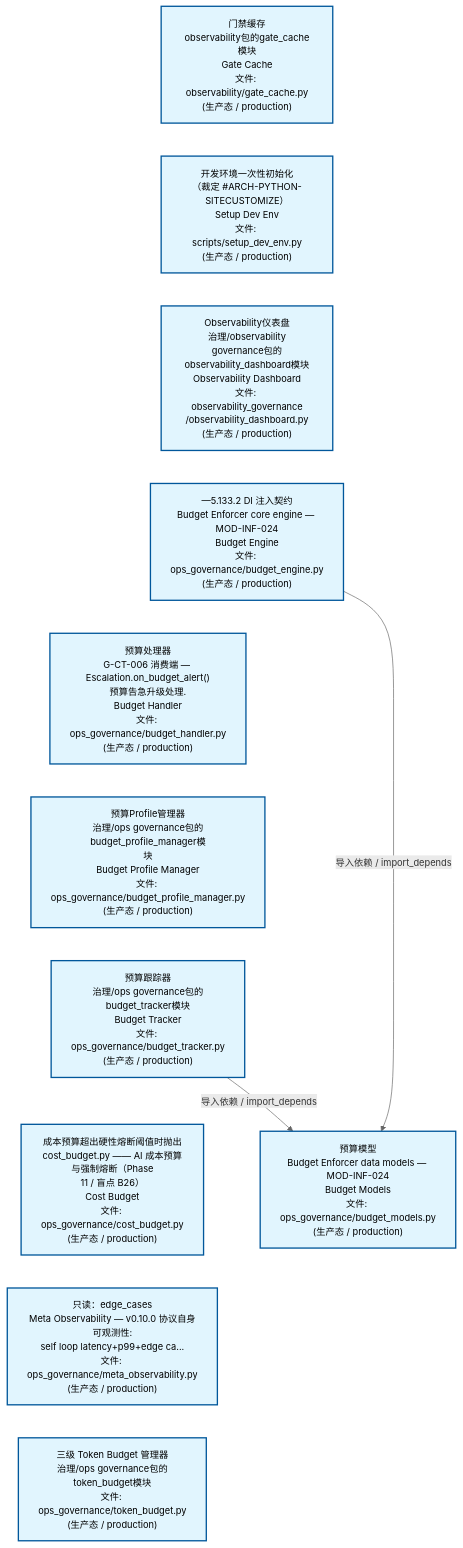
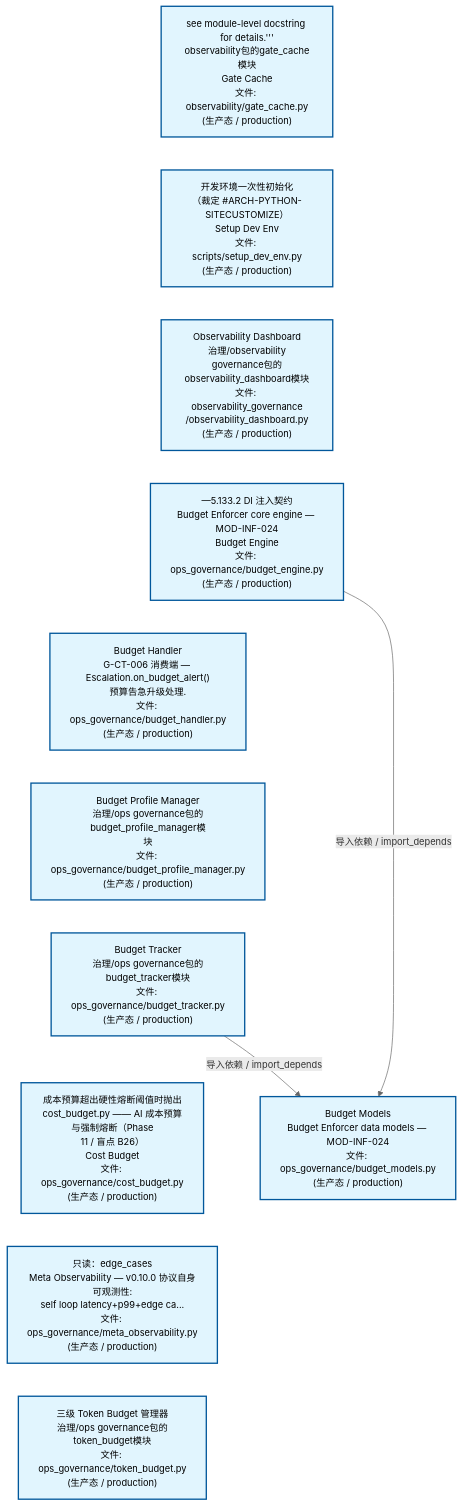
Before and after one commit to xuanFelixVan/ZephyrAlpha: the second of 3 diagrams in docs/02_enterprise_architecture/02_domain_architecture_docs/24_d_ops.md, drawn with Mermaid. The commit also changed other lines of this file and 51 other files, not shown here.

````diff
--- a/docs/02_enterprise_architecture/02_domain_architecture_docs/24_d_ops.md
+++ b/docs/02_enterprise_architecture/02_domain_architecture_docs/24_d_ops.md
@@ -126,31 +126,31 @@
 ```mermaid
 %%{init: {'theme': 'base', 'themeVariables': {'primaryColor': '#eaeaea', 'primaryTextColor': '#333333', 'primaryBorderColor': '#666666', 'lineColor': '#666666', 'secondaryColor': '#eaeaea', 'tertiaryColor': '#eaeaea', 'fontSize': '14px'}}}%%
 flowchart TD
-    scripts_governance_observability_gate_cache_py["门禁缓存<br/>observability包的gate_cache模块<br/>Gate Cache<br/>文件: observability/gate_cache.py<br/>(生产态 / production)"]
+    scripts_governance_observability_gate_cache_py["see module-level docstring for details.'''<br/>observability包的gate_cache模块<br/>Gate Cache<br/>文件: observability/gate_cache.py<br/>(生产态 / production)"]
     scripts_setup_dev_env_py["开发环境一次性初始化<br/>（裁定 #ARCH-PYTHON-SITECUSTOMIZE）<br/>Setup Dev Env<br/>文件: scripts/setup_dev_env.py<br/>(生产态 / production)"]
-    src_zephyr_governance_observability_governance_observability_dashboard_py["Observability仪表盘<br/>治理/observability<br/>governance包的observability_dashboard模块<br/>Observability Dashboard<br/>文件: observability_governance<br/>/observability_dashboard.py<br/>(生产态 / production)"]
+    src_zephyr_governance_observability_governance_observability_dashboard_py["Observability Dashboard<br/>治理/observability<br/>governance包的observability_dashboard模块<br/>文件: observability_governance<br/>/observability_dashboard.py<br/>(生产态 / production)"]
     src_zephyr_governance_ops_governance_budget_engine_py["—5.133.2 DI 注入契约<br/>Budget Enforcer core engine — MOD-INF-024<br/>Budget Engine<br/>文件: ops_governance/budget_engine.py<br/>(生产态 / production)"]
-    src_zephyr_governance_ops_governance_budget_handler_py["预算处理器<br/>G-CT-006 消费端 — Escalation.on_budget_alert()<br/>预算告急升级处理.<br/>Budget Handler<br/>文件: ops_governance/budget_handler.py<br/>(生产态 / production)"]
-    src_zephyr_governance_ops_governance_budget_profile_manager_py["预算Profile管理器<br/>治理/ops governance包的budget_profile_manager模<br/>块<br/>Budget Profile Manager<br/>文件: ops_governance/budget_profile_manager.py<br/>(生产态 / production)"]
-    src_zephyr_governance_ops_governance_budget_tracker_py["预算跟踪器<br/>治理/ops governance包的budget_tracker模块<br/>Budget Tracker<br/>文件: ops_governance/budget_tracker.py<br/>(生产态 / production)"]
+    src_zephyr_governance_ops_governance_budget_handler_py["Budget Handler<br/>G-CT-006 消费端 — Escalation.on_budget_alert()<br/>预算告急升级处理.<br/>文件: ops_governance/budget_handler.py<br/>(生产态 / production)"]
+    src_zephyr_governance_ops_governance_budget_profile_manager_py["Budget Profile Manager<br/>治理/ops governance包的budget_profile_manager模<br/>块<br/>文件: ops_governance/budget_profile_manager.py<br/>(生产态 / production)"]
+    src_zephyr_governance_ops_governance_budget_tracker_py["Budget Tracker<br/>治理/ops governance包的budget_tracker模块<br/>文件: ops_governance/budget_tracker.py<br/>(生产态 / production)"]
     src_zephyr_governance_ops_governance_cost_budget_py["成本预算超出硬性熔断阈值时抛出<br/>cost_budget.py —— AI 成本预算与强制熔断（Phase<br/>11 / 盲点 B26）<br/>Cost Budget<br/>文件: ops_governance/cost_budget.py<br/>(生产态 / production)"]
     src_zephyr_governance_ops_governance_meta_observability_py["只读：edge_cases<br/>Meta Observability — v0.10.0 协议自身可观测性:<br/>self loop latency+p99+edge ca...<br/>文件: ops_governance/meta_observability.py<br/>(生产态 / production)"]
     src_zephyr_governance_ops_governance_token_budget_py["三级 Token Budget 管理器<br/>治理/ops governance包的token_budget模块<br/>文件: ops_governance/token_budget.py<br/>(生产态 / production)"]
     scripts_governance_observability_gate_cache_py ~~~ scripts_setup_dev_env_py
     scripts_setup_dev_env_py ~~~ src_zephyr_governance_observability_governance_observability_dashboard_py
     src_zephyr_governance_observability_governance_observability_dashboard_py ~~~ src_zephyr_governance_ops_governance_budget_engine_py
     src_zephyr_governance_ops_governance_budget_engine_py ~~~ src_zephyr_governance_ops_governance_budget_handler_py
     src_zephyr_governance_ops_governance_budget_handler_py ~~~ src_zephyr_governance_ops_governance_budget_profile_manager_py
     src_zephyr_governance_ops_governance_budget_profile_manager_py ~~~ src_zephyr_governance_ops_governance_budget_tracker_py
     src_zephyr_governance_ops_governance_budget_tracker_py ~~~ src_zephyr_governance_ops_governance_cost_budget_py
     src_zephyr_governance_ops_governance_cost_budget_py ~~~ src_zephyr_governance_ops_governance_meta_observability_py
     src_zephyr_governance_ops_governance_meta_observability_py ~~~ src_zephyr_governance_ops_governance_token_budget_py
-    src_zephyr_governance_ops_governance_budget_models_py["预算模型<br/>Budget Enforcer data models — MOD-INF-024<br/>Budget Models<br/>文件: ops_governance/budget_models.py<br/>(生产态 / production)"]
+    src_zephyr_governance_ops_governance_budget_models_py["Budget Models<br/>Budget Enforcer data models — MOD-INF-024<br/>文件: ops_governance/budget_models.py<br/>(生产态 / production)"]
     src_zephyr_governance_ops_governance_budget_tracker_py -->|导入依赖 / import_depends| src_zephyr_governance_ops_governance_budget_models_py
     src_zephyr_governance_ops_governance_budget_engine_py -->|导入依赖 / import_depends| src_zephyr_governance_ops_governance_budget_models_py
     classDef production fill:#e1f5fe,stroke:#01579b,stroke-width:2px,color:#000
     classDef design fill:#fff3e0,stroke:#e65100,stroke-width:2px,color:#000,stroke-dasharray: 5 5
     classDef external_prod fill:#e8f4fd,stroke:#0277bd,stroke-width:1px,color:#000
     classDef external_design fill:#fff8e7,stroke:#ef6c00,stroke-width:1px,color:#000,stroke-dasharray: 5 5
     class scripts_governance_observability_gate_cache_py,scripts_setup_dev_env_py,src_zephyr_governance_observability_governance_observability_dashboard_py,src_zephyr_governance_ops_governance_budget_engine_py,src_zephyr_governance_ops_governance_budget_handler_py,src_zephyr_governance_ops_governance_budget_models_py,src_zephyr_governance_ops_governance_budget_profile_manager_py,src_zephyr_governance_ops_governance_budget_tracker_py,src_zephyr_governance_ops_governance_cost_budget_py,src_zephyr_governance_ops_governance_meta_observability_py,src_zephyr_governance_ops_governance_token_budget_py production
 ```
````
